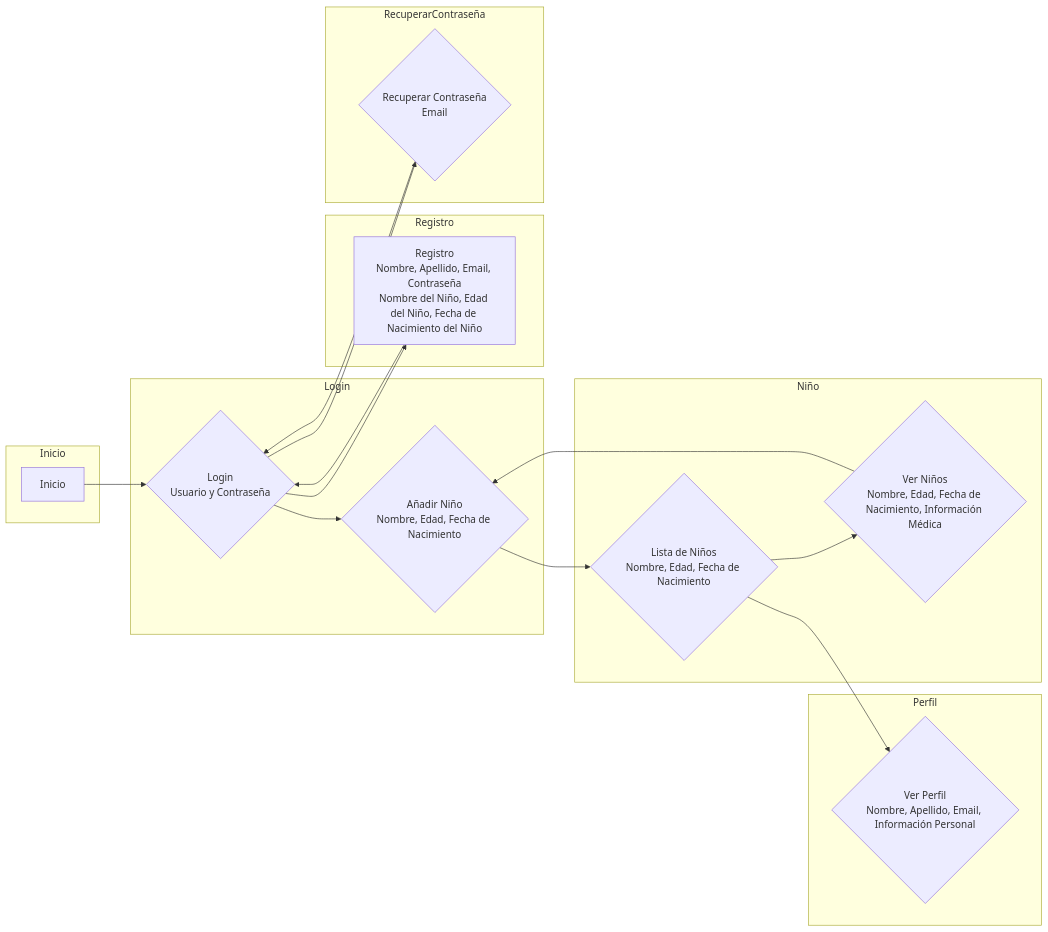
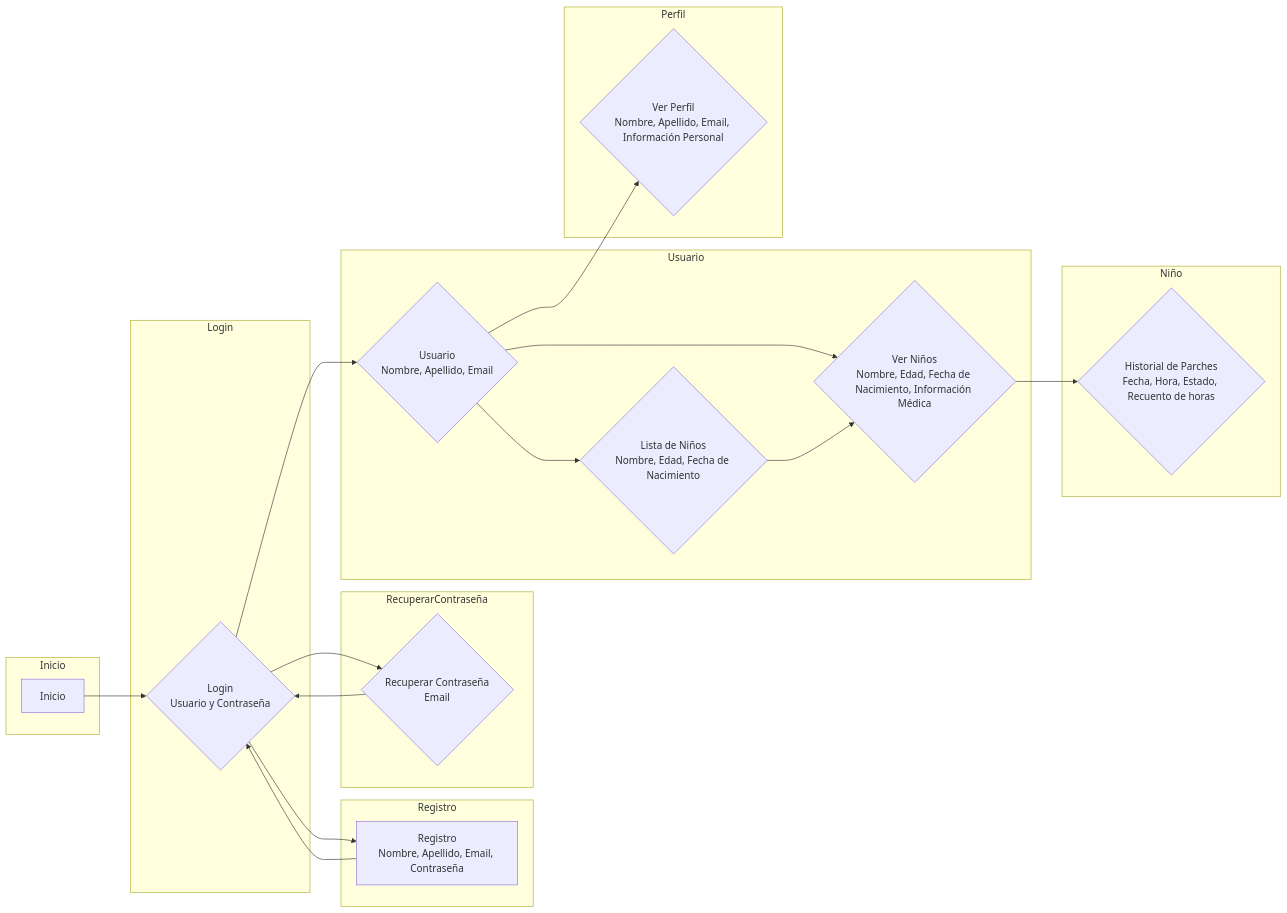
One commit to mactiburon/tapatapp changed the diagram in Prototype1/DiagramaVista.mermaid. Above: the diagram before and after it, drawn with Mermaid.

Commit message:
DiagramaVista.mermaid

```diff
--- a/Prototype1/DiagramaVista.mermaid
+++ b/Prototype1/DiagramaVista.mermaid
@@ -1,32 +1,36 @@
 graph LR
     subgraph Inicio
         A[Inicio]
     end
     subgraph Login
         B{Login<br>Usuario y Contraseña}
-        H{Añadir Niño<br>Nombre, Edad, Fecha de Nacimiento}
     end
     subgraph Registro
-        C[Registro<br>Nombre, Apellido, Email, Contraseña<br>Nombre del Niño, Edad del Niño, Fecha de Nacimiento del Niño]
+        C[Registro<br>Nombre, Apellido, Email, Contraseña]
     end
     subgraph RecuperarContraseña
         D{Recuperar Contraseña<br>Email}
+    end
+    subgraph Usuario
+        E{Usuario<br>Nombre, Apellido, Email}
+        I{Lista de Niños<br>Nombre, Edad, Fecha de Nacimiento}
+        G{Ver Niños<br>Nombre, Edad, Fecha de Nacimiento, Información Médica}
     end
     subgraph Perfil
         F{Ver Perfil<br>Nombre, Apellido, Email, Información Personal}
     end
     subgraph Niño
-        I{Lista de Niños<br>Nombre, Edad, Fecha de Nacimiento}
-        G{Ver Niños<br>Nombre, Edad, Fecha de Nacimiento, Información Médica}
+        H{Historial de Parches<br>Fecha, Hora, Estado, Recuento de horas}
     end
 
     A --> B
     B --> C
     B --> D
     C --> B
     D --> B
-    B --> H
-    H --> I
+    B --> E
+    E --> F
+    E --> I
+    E --> G
     I --> G
     G --> H
-    I --> F
```
